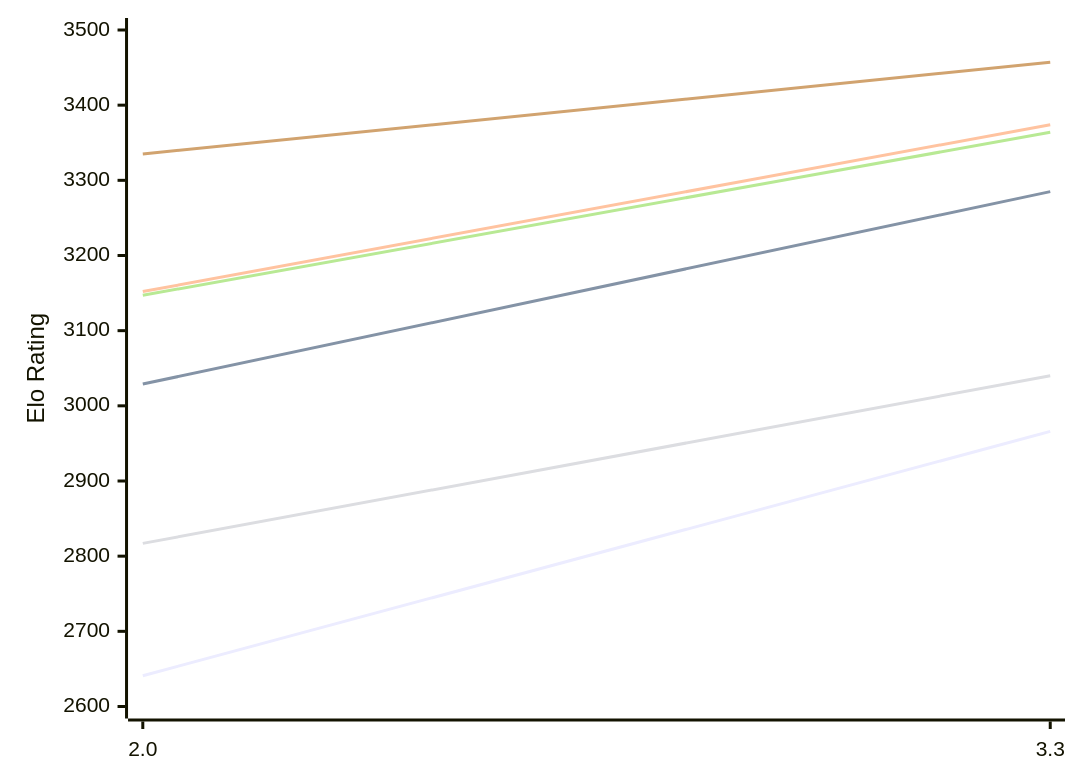
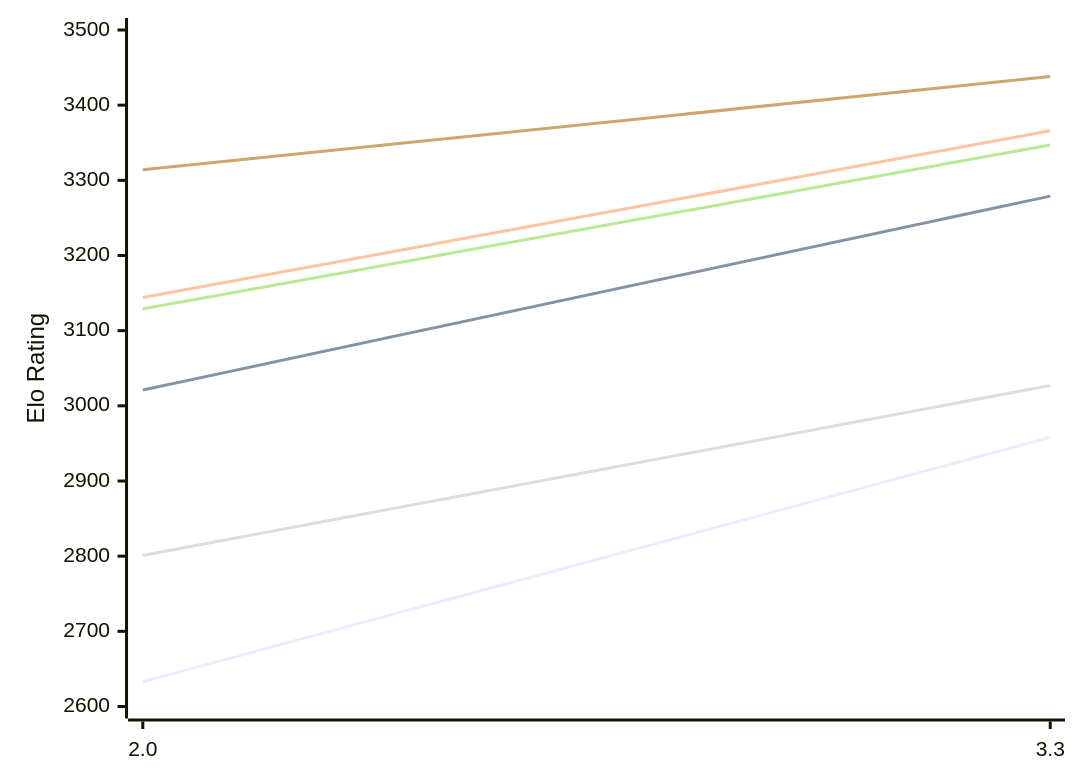
The first of 2 diagrams in engines/Ceylondemon.md (computer-chess-index/cci), drawn with Mermaid before and after one commit. The commit also changed other lines of this file, not shown here.

Commit message:
Update CCI Ratings (ELO VLTC) - 2026-11-02

````diff
--- a/engines/Ceylondemon.md
+++ b/engines/Ceylondemon.md
@@ -50,12 +50,12 @@
 ```mermaid
 %%{init: {"theme":"base","themeVariables":{"seriesColors:['#a3a3a3','#222221','#faa371']}}}%%
 xychart-beta
   x-axis ["2.0", "3.3"]
   y-axis "Elo Rating" 2600 --> 3500
-  line "E1: STC (8.0+0.08s)" [2641, 2966]
-  line "E1: LTC (60.0+0.60s)" [3029, 3285]
-  line "E1: VLTC (2m24s+1.12s)" [3152, 3374]
-  line "P1: STC (8.0+0.08s)" [2817, 3040]
-  line "P1: LTC (60.0+0.60s)" [3147, 3364]
-  line "P1: VLTC (2m24s+1.12s)" [3335, 3457]
+  line "E1: STC (8.0+0.08s)" [2633, 2958]
+  line "E1: LTC (60.0+0.60s)" [3021, 3279]
+  line "E1: VLTC (2m24s+1.12s)" [3144, 3366]
+  line "P1: STC (8.0+0.08s)" [2801, 3027]
+  line "P1: LTC (60.0+0.60s)" [3129, 3347]
+  line "P1: VLTC (2m24s+1.12s)" [3314, 3438]
 ```
````
